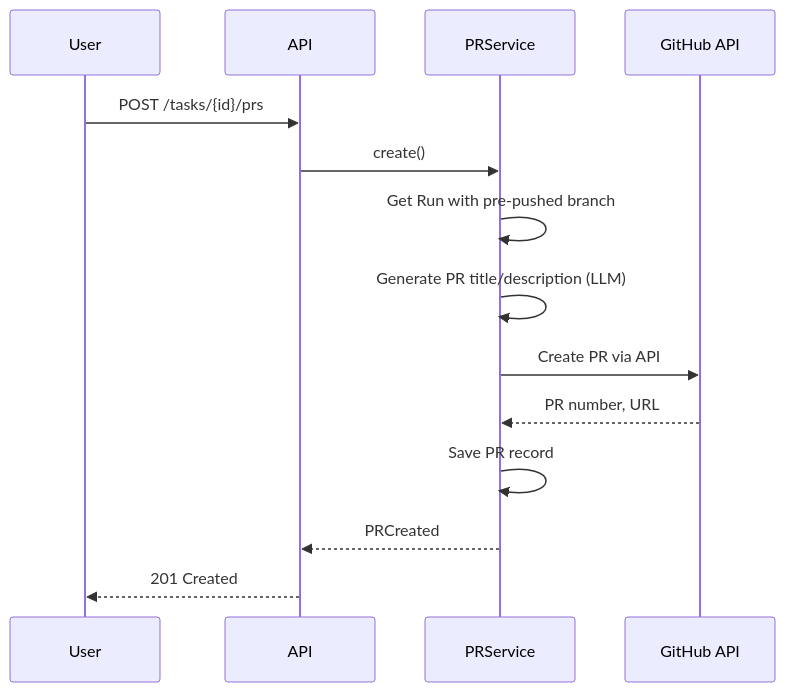
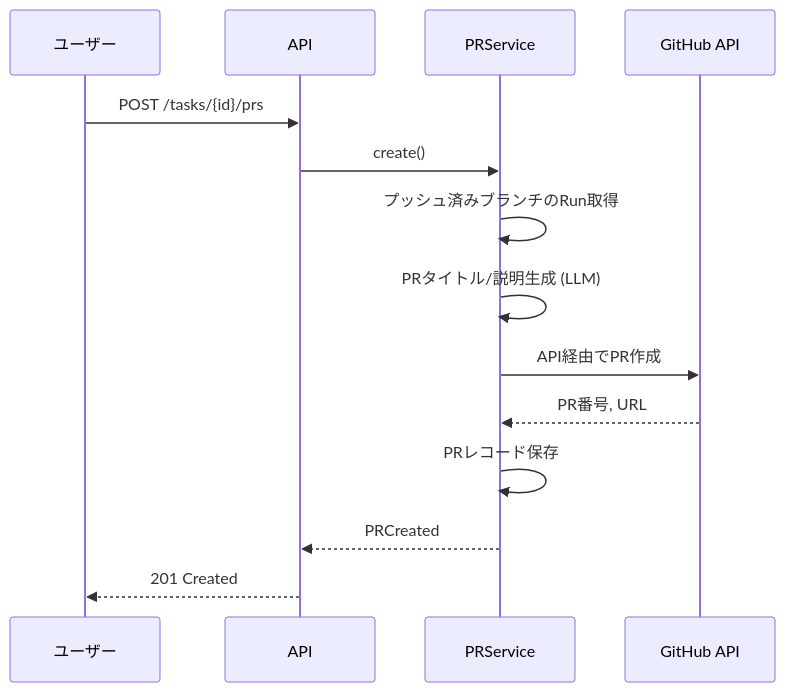
Before and after one commit to hampen2929/zloth: the eighth of 15 diagrams in docs/architecture.md, drawn with Mermaid. The commit also changed other lines of this file, not shown here.

First line of the commit message:
Translate architecture documentation to Japanese

````diff
--- a/docs/architecture.md
+++ b/docs/architecture.md
@@ -425,17 +425,17 @@
 ```mermaid
 sequenceDiagram
-    participant U as User
+    participant U as ユーザー
     participant A as API
     participant PS as PRService
     participant GH as GitHub API
 
     U->>A: POST /tasks/{id}/prs
     A->>PS: create()
-    PS->>PS: Get Run with pre-pushed branch
-    PS->>PS: Generate PR title/description (LLM)
-    PS->>GH: Create PR via API
-    GH-->>PS: PR number, URL
-    PS->>PS: Save PR record
+    PS->>PS: プッシュ済みブランチのRun取得
+    PS->>PS: PRタイトル/説明生成 (LLM)
+    PS->>GH: API経由でPR作成
+    GH-->>PS: PR番号, URL
+    PS->>PS: PRレコード保存
     PS-->>A: PRCreated
     A-->>U: 201 Created
 ```
````
